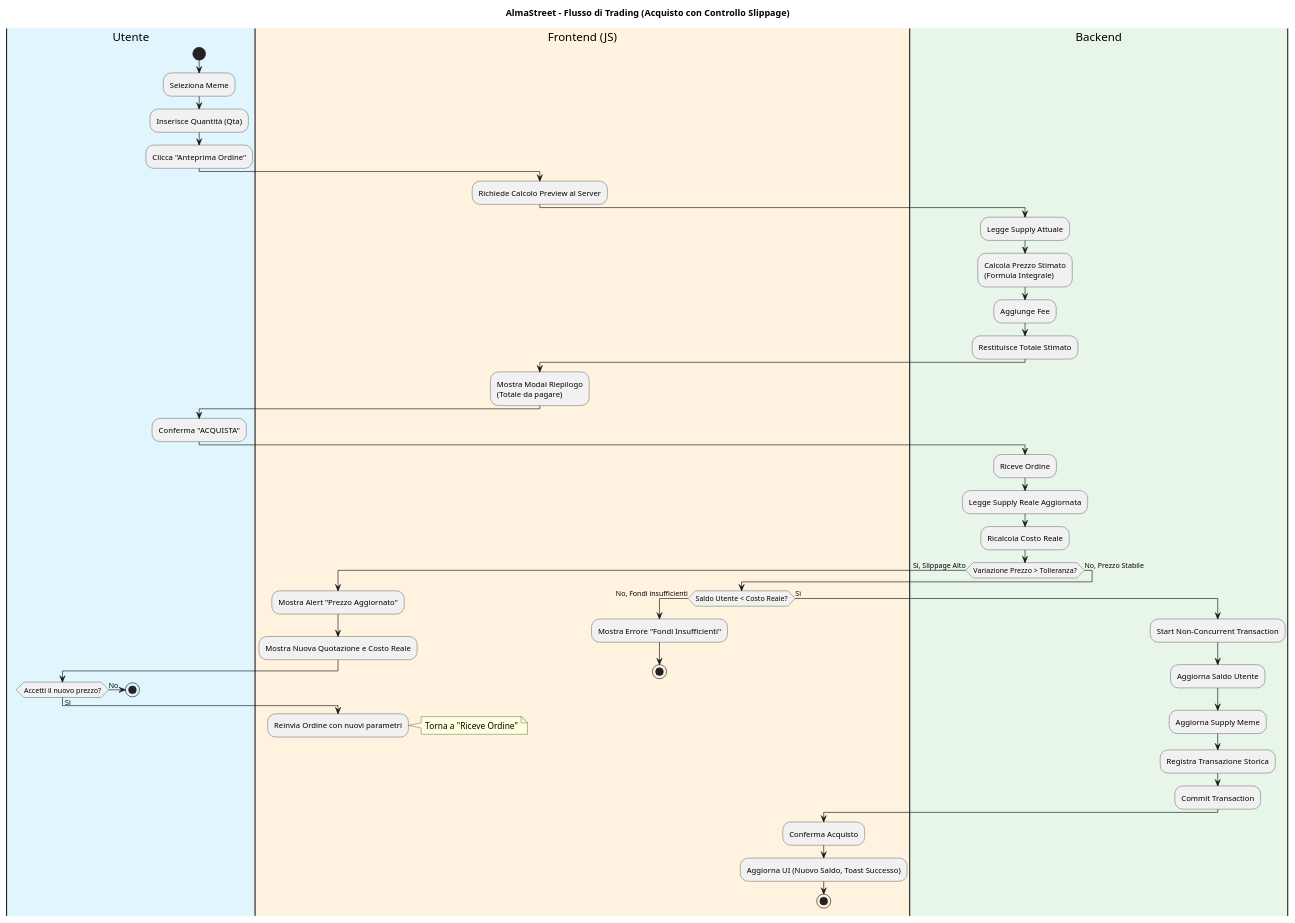
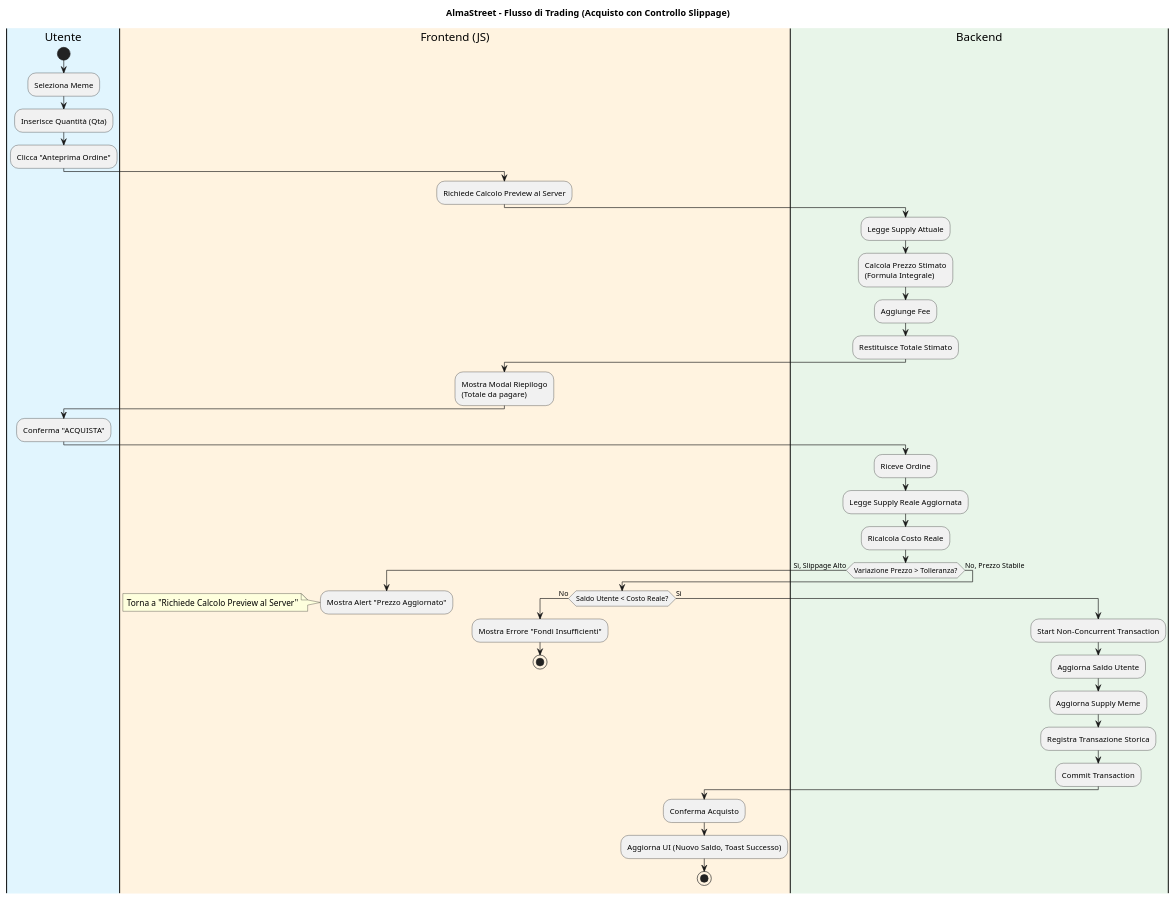
One commit to D3stan/uni-meme-stock-market changed the diagram in tradingCore.wsd. Above: the diagram before and after it, drawn with PlantUML. The commit also changed 2 other files, not shown here.

```diff
--- a/tradingCore.wsd
+++ b/tradingCore.wsd
@@ -1,66 +1,58 @@
 @startuml TradingFlow
 title AlmaStreet - Flusso di Trading (Acquisto con Controllo Slippage)
 skinparam ConditionEndStyle hline
 
 |#e1f5fe|Utente|
 start
 :Seleziona Meme;
 :Inserisce Quantità (Qta);
 :Clicca "Anteprima Ordine";
 
 |#fff3e0|Frontend (JS)|
 :Richiede Calcolo Preview al Server;
 
 |#e8f5e9|Backend|
 :Legge Supply Attuale;
 :Calcola Prezzo Stimato\n(Formula Integrale);
 :Aggiunge Fee;
 :Restituisce Totale Stimato;
 
 |Frontend (JS)|
 :Mostra Modal Riepilogo\n(Totale da pagare);
 
 |Utente|
 :Conferma "ACQUISTA";
 
 |Backend|
 :Riceve Ordine;
 :Legge Supply Reale Aggiornata;
 :Ricalcola Costo Reale;
 
 if (Variazione Prezzo > Tolleranza?) then (Sì, Slippage Alto)
     |Frontend (JS)|
     :Mostra Alert "Prezzo Aggiornato";
-    :Mostra Nuova Quotazione e Costo Reale;
-    
-    |Utente|
-    if (Accetti il nuovo prezzo?) then (No)
-        stop
-    else (Sì)
-        |Frontend (JS)|
-        :Reinvia Ordine con nuovi parametri;
-        note right
-            Torna a "Riceve Ordine"
-        end note
-        detach
-    endif
+    note left
+        Torna a "Richiede Calcolo Preview al Server"
+    end note
+    detach
+
 else (No, Prezzo Stabile)
-    if (Saldo Utente < Costo Reale?) then (No, Fondi insufficienti)
+    if (Saldo Utente < Costo Reale?) then (No)
         |Frontend (JS)|
         :Mostra Errore "Fondi Insufficienti";
         stop
     else (Sì)
         |Backend|
         :Start Non-Concurrent Transaction;
         :Aggiorna Saldo Utente;
         :Aggiorna Supply Meme;
         :Registra Transazione Storica;
         :Commit Transaction;
         
         |Frontend (JS)|
         :Conferma Acquisto;
         :Aggiorna UI (Nuovo Saldo, Toast Successo);
         stop
     endif
 endif
 @enduml
```
